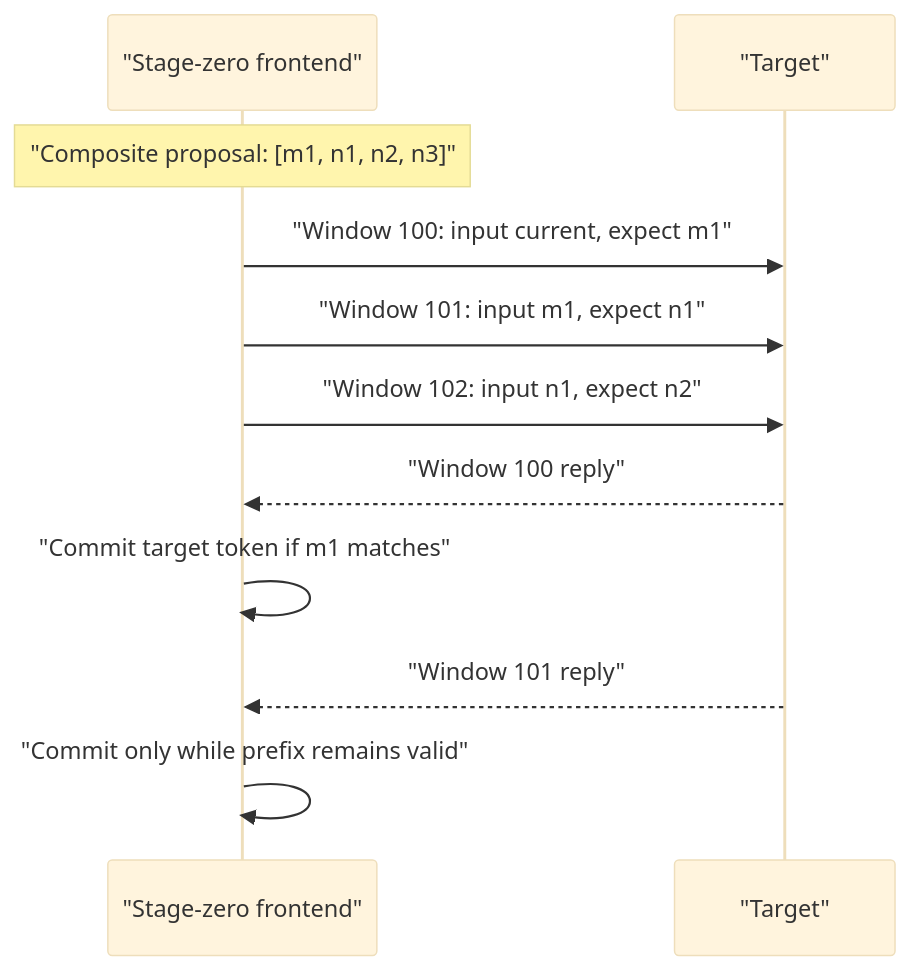
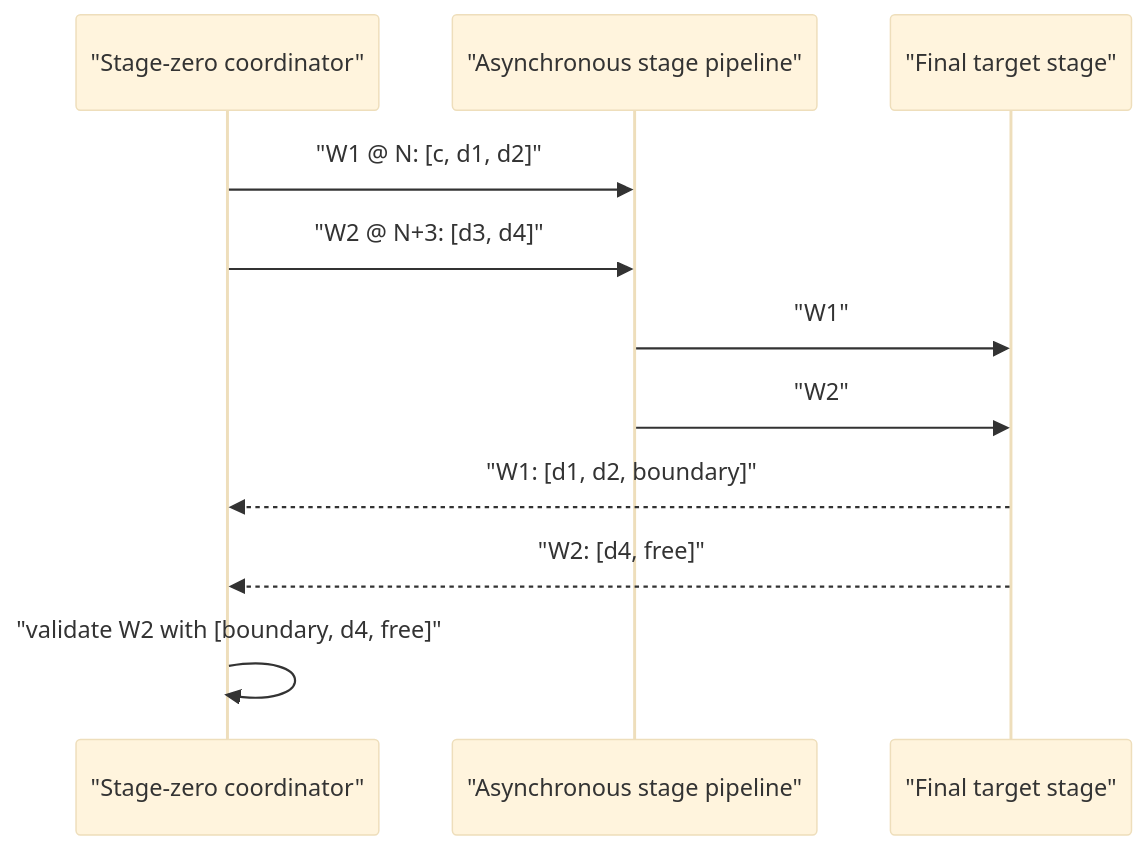
The diagram in docs/skippy/PIPELINED_VERIFY_WINDOW.md (B-A-M-N/mesh-llm), drawn with Mermaid (base theme) before and after one commit. The commit also changed other lines of this file and 43 other files, not shown here.

````diff
--- a/docs/skippy/PIPELINED_VERIFY_WINDOW.md
+++ b/docs/skippy/PIPELINED_VERIFY_WINDOW.md
@@ -216,13 +88,13 @@
 ```mermaid
 sequenceDiagram
-  participant F as "Stage-zero frontend"
-  participant T as "Target"
-  Note over F: "Composite proposal: [m1, n1, n2, n3]"
-  F->>T: "Window 100: input current, expect m1"
-  F->>T: "Window 101: input m1, expect n1"
-  F->>T: "Window 102: input n1, expect n2"
-  T-->>F: "Window 100 reply"
-  F->>F: "Commit target token if m1 matches"
-  T-->>F: "Window 101 reply"
-  F->>F: "Commit only while prefix remains valid"
+  participant C as "Stage-zero coordinator"
+  participant P as "Asynchronous stage pipeline"
+  participant T as "Final target stage"
+  C->>P: "W1 @ N: [c, d1, d2]"
+  C->>P: "W2 @ N+3: [d3, d4]"
+  P->>T: "W1"
+  P->>T: "W2"
+  T-->>C: "W1: [d1, d2, boundary]"
+  T-->>C: "W2: [d4, free]"
+  C->>C: "validate W2 with [boundary, d4, free]"
 ```
````
